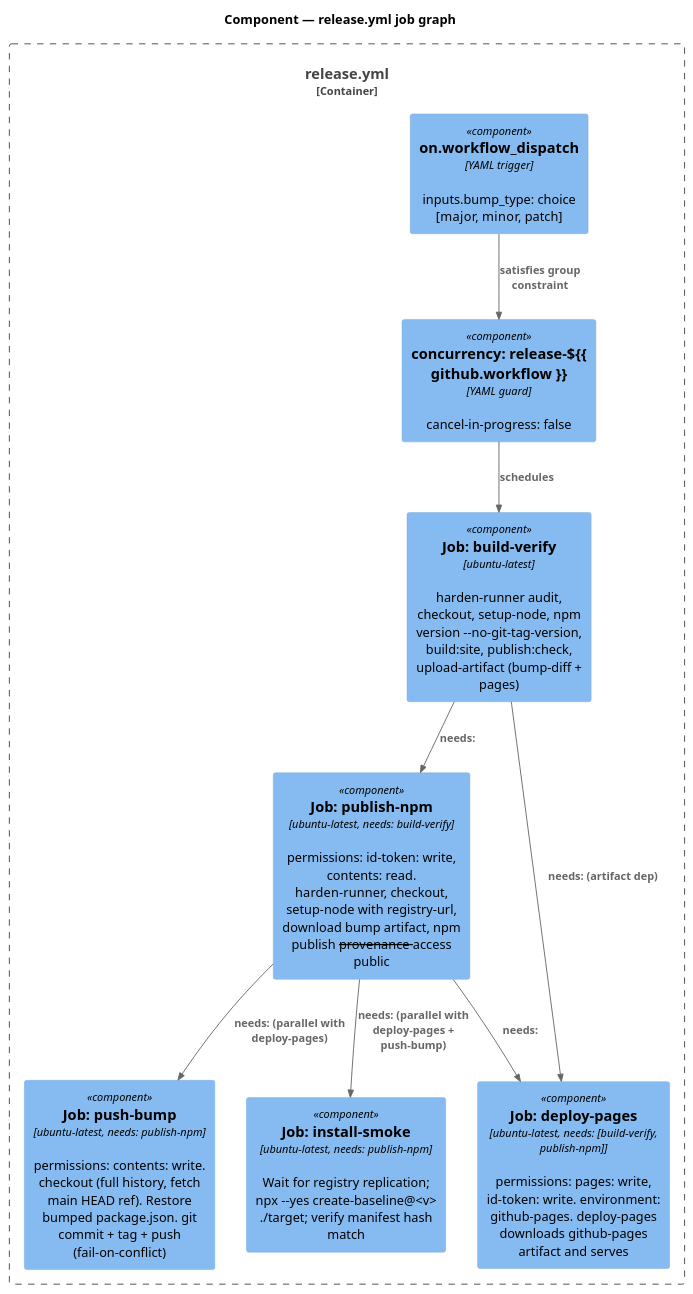
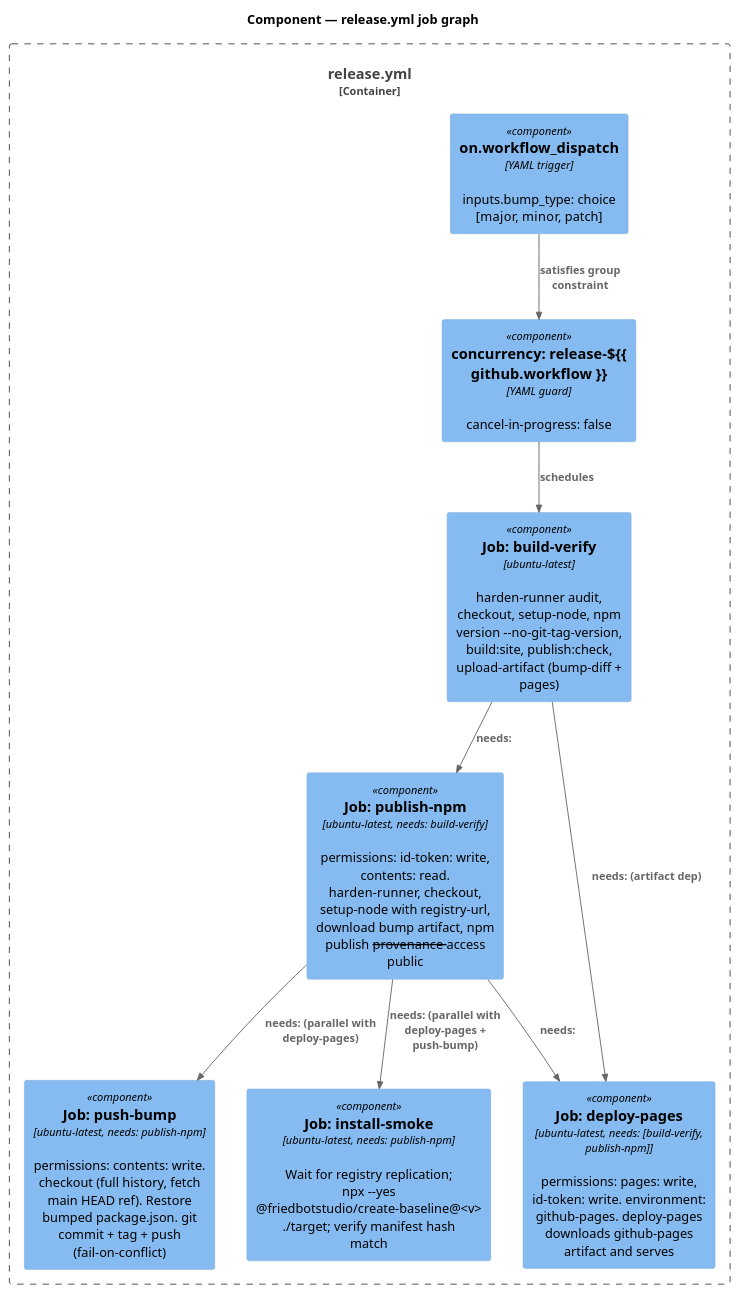
The third of 12 diagrams in docs/specs/release-workflow.md (friedbotstudio/baseline), drawn with PlantUML before and after one commit. The commit also changed other lines of this file and 29 other files, not shown here.

First line of the commit message:
chore(release): rename npm package to @friedbotstudio/create-baseline

````diff
--- a/docs/specs/release-workflow.md
+++ b/docs/specs/release-workflow.md
@@ -85,22 +85,22 @@
 ```plantuml
 @startuml
 !include <C4/C4_Component>
 title Component — release.yml job graph
 Container_Boundary(yaml, "release.yml") {
   Component(trigger, "on.workflow_dispatch", "YAML trigger", "inputs.bump_type: choice [major, minor, patch]")
   Component(concurrency, "concurrency: release-${{ github.workflow }}", "YAML guard", "cancel-in-progress: false")
   Component(build_verify, "Job: build-verify", "ubuntu-latest", "harden-runner audit, checkout, setup-node, npm version --no-git-tag-version, build:site, publish:check, upload-artifact (bump-diff + pages)")
   Component(publish_npm, "Job: publish-npm", "ubuntu-latest, needs: build-verify", "permissions: id-token: write, contents: read. harden-runner, checkout, setup-node with registry-url, download bump artifact, npm publish --provenance --access public")
   Component(deploy_pages, "Job: deploy-pages", "ubuntu-latest, needs: [build-verify, publish-npm]", "permissions: pages: write, id-token: write. environment: github-pages. deploy-pages downloads github-pages artifact and serves")
   Component(push_bump, "Job: push-bump", "ubuntu-latest, needs: publish-npm", "permissions: contents: write. checkout (full history, fetch main HEAD ref). Restore bumped package.json. git commit + tag + push (fail-on-conflict)")
-  Component(smoke, "Job: install-smoke", "ubuntu-latest, needs: publish-npm", "Wait for registry replication; npx --yes create-baseline@<v> ./target; verify manifest hash match")
+  Component(smoke, "Job: install-smoke", "ubuntu-latest, needs: publish-npm", "Wait for registry replication; npx --yes @friedbotstudio/create-baseline@<v> ./target; verify manifest hash match")
 }
 Rel(trigger, concurrency, "satisfies group constraint")
 Rel(concurrency, build_verify, "schedules")
 Rel(build_verify, publish_npm, "needs:")
 Rel(publish_npm, deploy_pages, "needs:")
 Rel(build_verify, deploy_pages, "needs: (artifact dep)")
 Rel(publish_npm, push_bump, "needs: (parallel with deploy-pages)")
 Rel(publish_npm, smoke, "needs: (parallel with deploy-pages + push-bump)")
 @enduml
 ```
````
